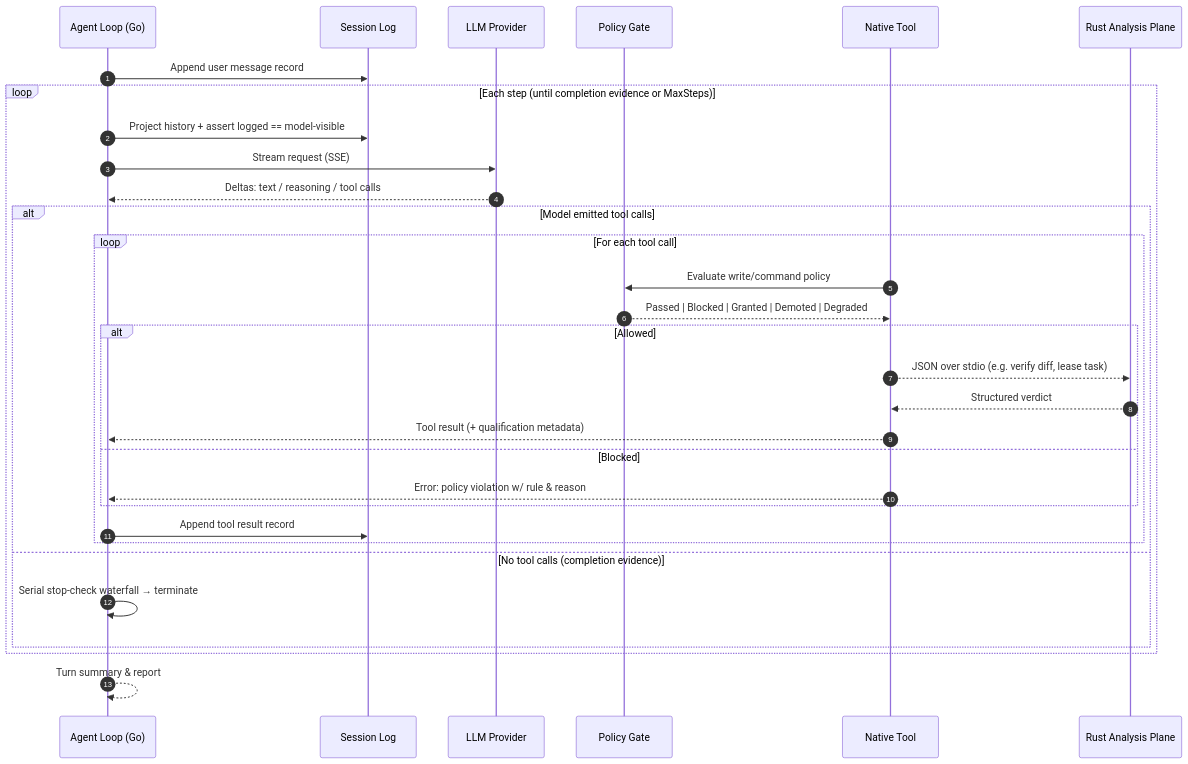
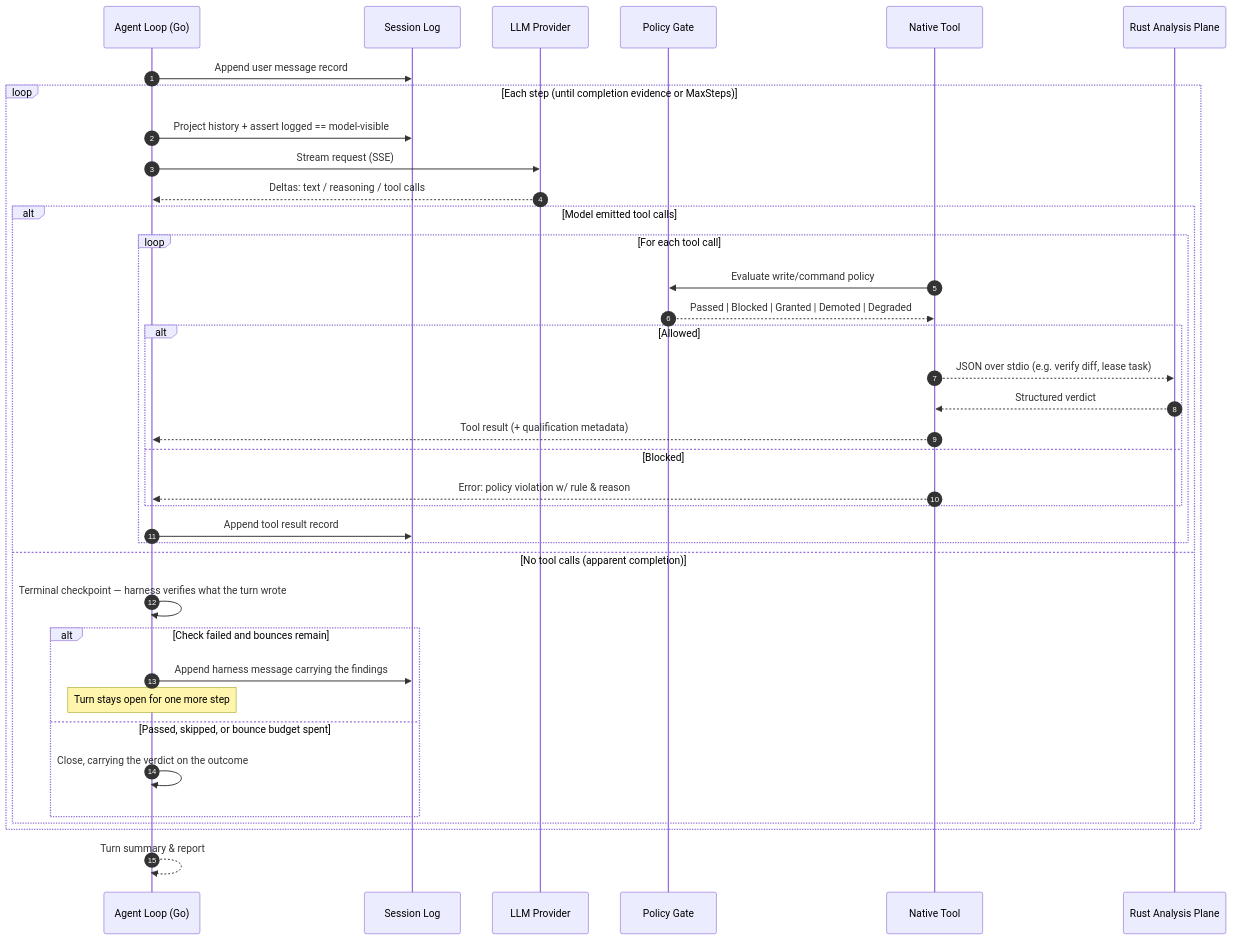
The second of 9 diagrams in README.md (bharathvbcr/Manvi), drawn with Mermaid before and after one commit. The commit also changed other lines of this file and 3 other files, not shown here.

First line of the commit message:
Document the end-of-turn check, the fetch capability, and the bounds that follow hardware

````diff
--- a/README.md
+++ b/README.md
@@ -114,34 +114,40 @@
 ```mermaid
 sequenceDiagram
     autonumber
     participant AL as Agent Loop (Go)
     participant Log as Session Log
     participant Provider as LLM Provider
     participant Gate as Policy Gate
     participant Tool as Native Tool
     participant Rust as Rust Analysis Plane
 
     AL->>Log: Append user message record
     loop Each step (until completion evidence or MaxSteps)
         AL->>Log: Project history + assert logged == model-visible
         AL->>Provider: Stream request (SSE)
         Provider-->>AL: Deltas: text / reasoning / tool calls
         alt Model emitted tool calls
             loop For each tool call
                 Tool->>Gate: Evaluate write/command policy
                 Gate-->>Tool: Passed | Blocked | Granted | Demoted | Degraded
                 alt Allowed
                     Tool-->>Rust: JSON over stdio (e.g. verify diff, lease task)
                     Rust-->>Tool: Structured verdict
                     Tool-->>AL: Tool result (+ qualification metadata)
                 else Blocked
                     Tool-->>AL: Error: policy violation w/ rule & reason
                 end
                 AL->>Log: Append tool result record
             end
-        else No tool calls (completion evidence)
-            AL->>AL: Serial stop-check waterfall → terminate
+        else No tool calls (apparent completion)
+            AL->>AL: Terminal checkpoint — harness verifies what the turn wrote
+            alt Check failed and bounces remain
+                AL->>Log: Append harness message carrying the findings
+                Note over AL: Turn stays open for one more step
+            else Passed, skipped, or bounce budget spent
+                AL->>AL: Close, carrying the verdict on the outcome
+            end
         end
     end
     AL-->>AL: Turn summary & report
 ```
````
